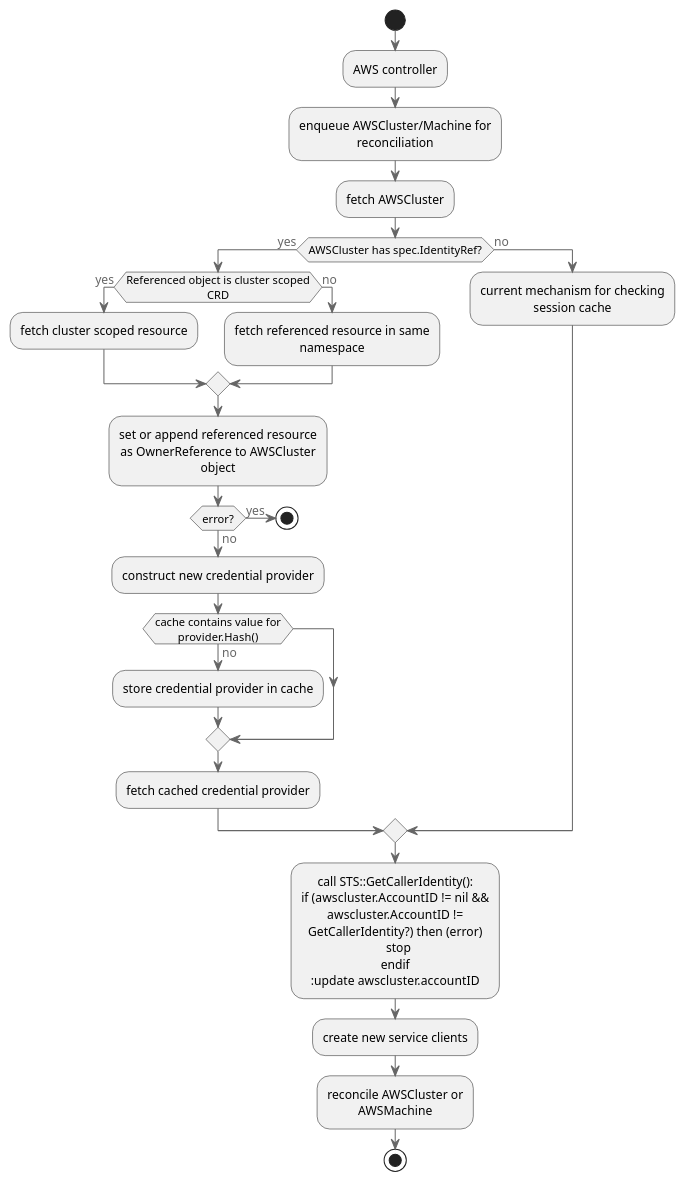
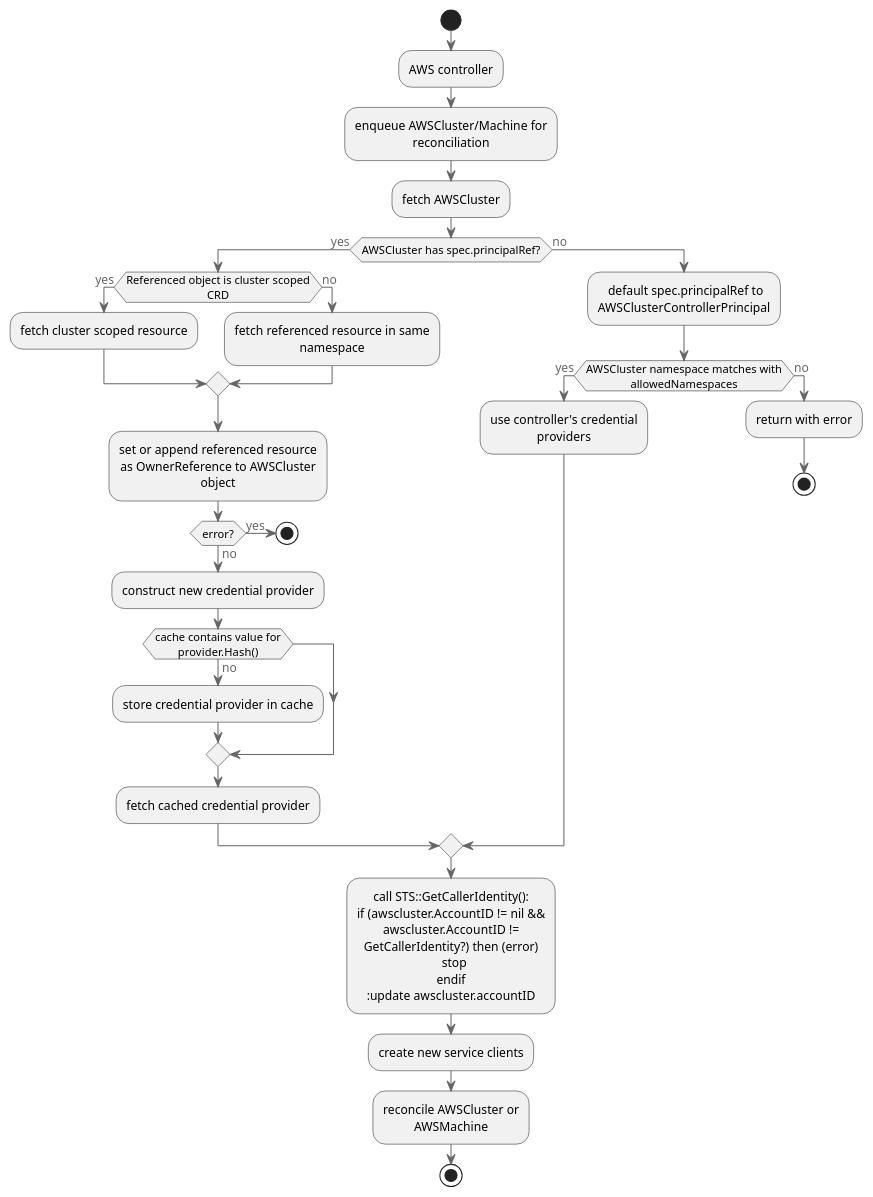
The diagram in docs/proposal/20200506-single-controller-multitenancy-flow.plantuml (dropbox-code/repo-9), drawn with PlantUML before and after one commit. The commit also changed 2 other files, not shown here.

Commit message:
Restrict controller credential usage to only allowedNamespaces Co-authored-by: Naadir Jeewa <jeewan@vmware.com>

```diff
--- a/docs/proposal/20200506-single-controller-multitenancy-flow.plantuml
+++ b/docs/proposal/20200506-single-controller-multitenancy-flow.plantuml
@@ -1,36 +1,42 @@
 @startuml 20200506-single-controller-multitenancy-flow
 !includeurl https://raw.githubusercontent.com/RicardoNiepel/C4-PlantUML/release/1-0/C4_Container.puml
 
 start
 :AWS controller;
 :enqueue AWSCluster/Machine for reconciliation;
 :fetch AWSCluster;
-if (AWSCluster has spec.IdentityRef?) then (yes)
+if (AWSCluster has spec.principalRef?) then (yes)
   if (Referenced object is cluster scoped CRD) then (yes)
     :fetch cluster scoped resource;
   else (no)
     :fetch referenced resource in same namespace;
   endif
   :set or append referenced resource as OwnerReference to AWSCluster object;
   if (error?) then (yes)
     stop
   else (no)
     :construct new credential provider;
     if (cache contains value for provider.Hash()) then (no)
       :store credential provider in cache;
     endif
     :fetch cached credential provider;
   endif
 else (no)
-  :current mechanism for checking session cache;
+  : default spec.principalRef to AWSClusterControllerPrincipal;
+  if (AWSCluster namespace matches with allowedNamespaces) then (yes)
+    :use controller's credential providers;
+  else (no)
+    :return with error;
+    stop
+  endif
 endif
 :call STS::GetCallerIdentity():
 if (awscluster.AccountID != nil && awscluster.AccountID != GetCallerIdentity?) then (error)
   stop
 endif
 :update awscluster.accountID;
 :create new service clients;
 :reconcile AWSCluster or AWSMachine;
 stop
 
 @enduml
```
